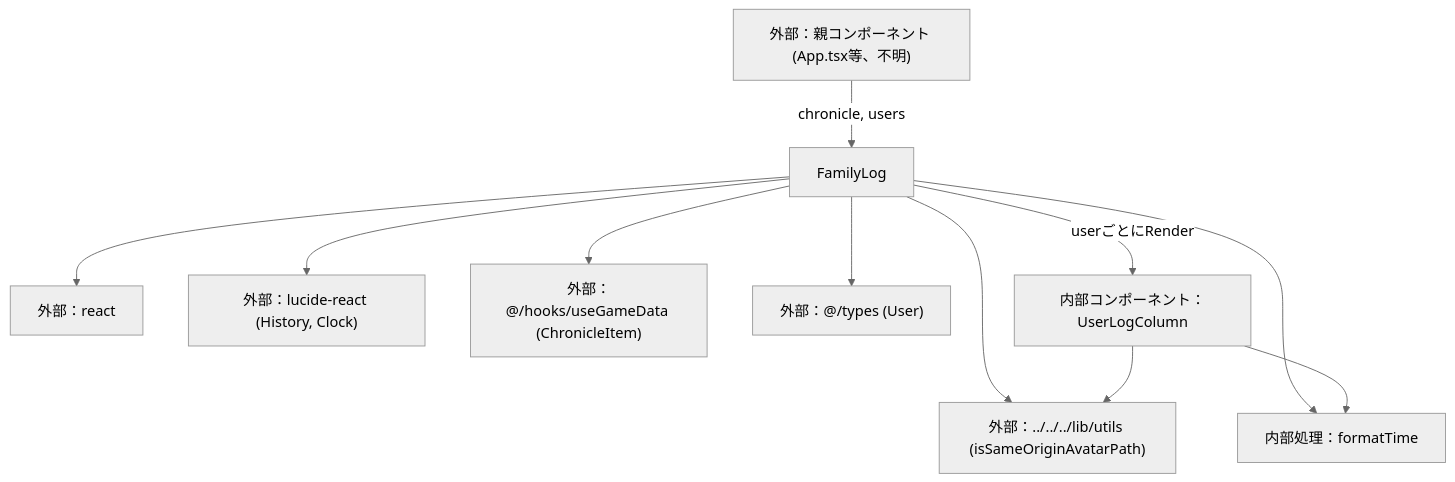
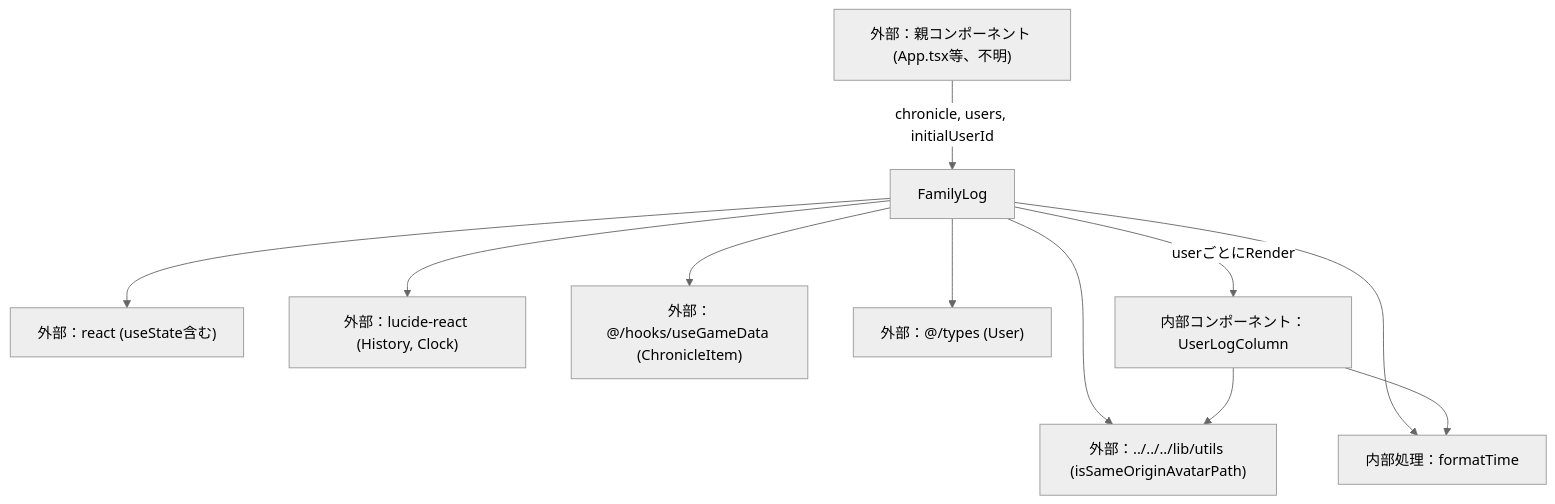
Before and after one commit to mmtigers/my_python_project: the second of 2 diagrams in docs/specifications/family-quest/src/features/family/components/FamilyLog.md, drawn with Mermaid (neutral theme). The commit also changed other lines of this file and 1 other file, not shown here.

First line of the commit message:
docs: FamilyLog/App仕様書をスマホ幅1人表示の変更に追従

````diff
--- a/docs/specifications/family-quest/src/features/family/components/FamilyLog.md
+++ b/docs/specifications/family-quest/src/features/family/components/FamilyLog.md
@@ -145,14 +158,14 @@
 ```mermaid
 graph TD
-    ParentComponent["外部：親コンポーネント (App.tsx等、不明)"] -->|chronicle, users| FamilyLog
-    FamilyLog --> React["外部：react"]
+    ParentComponent["外部：親コンポーネント (App.tsx等、不明)"] -->|chronicle, users, initialUserId| FamilyLog
+    FamilyLog --> React["外部：react (useState含む)"]
     FamilyLog --> LucideReact["外部：lucide-react (History, Clock)"]
     FamilyLog --> GameDataTypes["外部：@/hooks/useGameData (ChronicleItem)"]
     FamilyLog --> UserType["外部：@/types (User)"]
     FamilyLog --> AvatarUtil["外部：../../../lib/utils (isSameOriginAvatarPath)"]
     FamilyLog --> FormatTime["内部処理：formatTime"]
     FamilyLog -->|userごとにRender| UserLogColumn["内部コンポーネント：UserLogColumn"]
     UserLogColumn --> FormatTime
     UserLogColumn --> AvatarUtil
 
 ```
````
